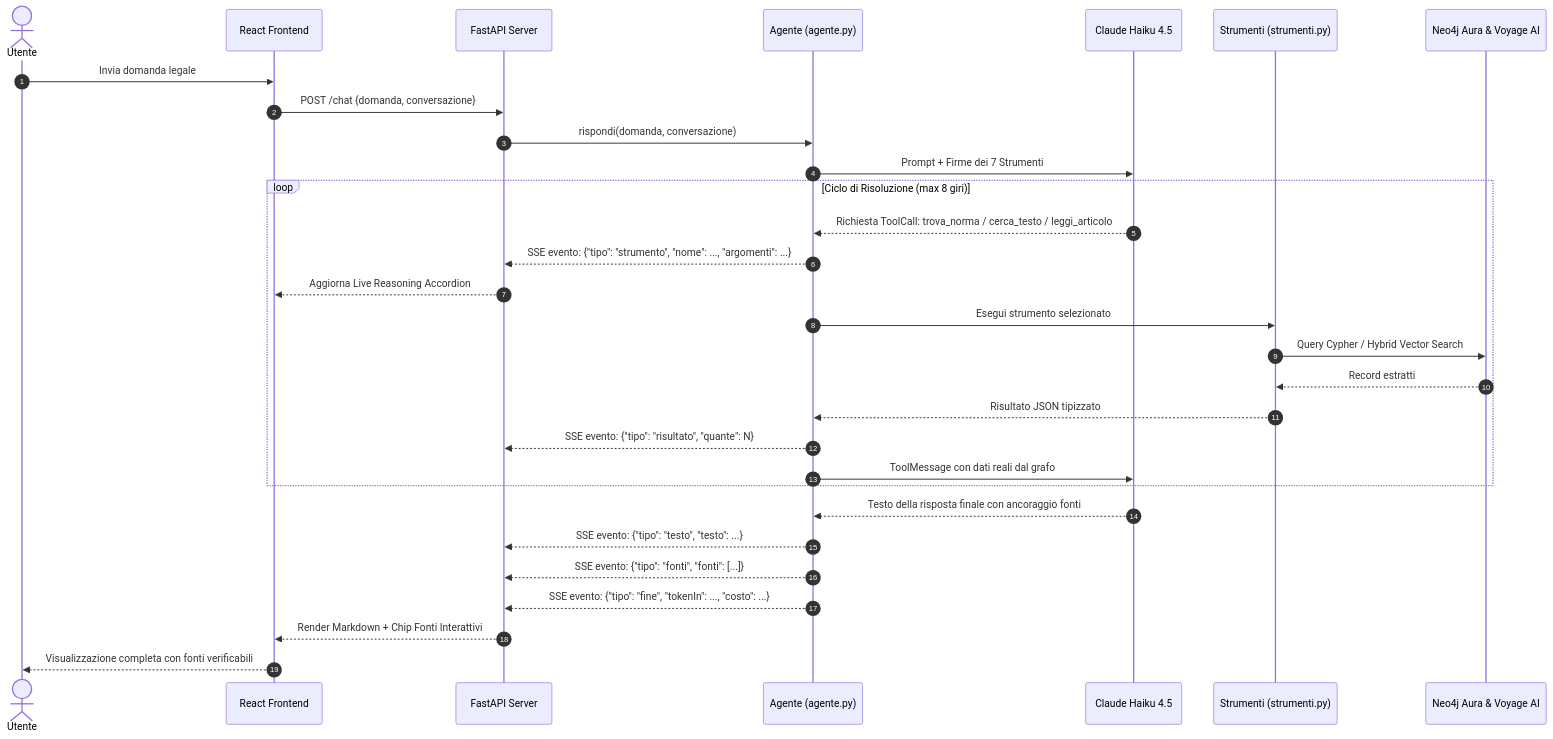
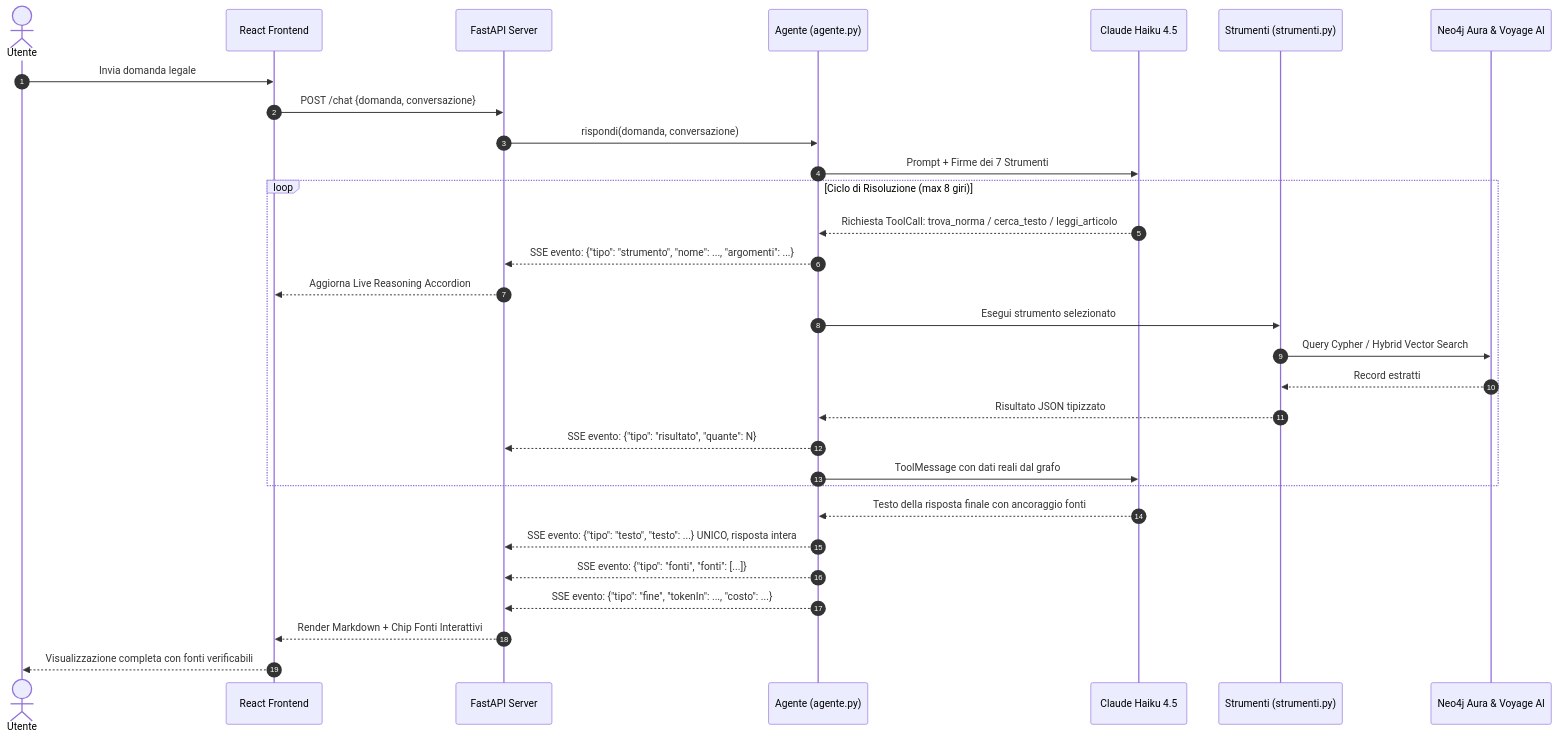
Before and after one commit to simorina/GraphResponsa: the second of 5 diagrams in docs/architettura-agente.md, drawn with Mermaid. The commit also changed other lines of this file and 4 other files, not shown here.

````diff
--- a/docs/architettura-agente.md
+++ b/docs/architettura-agente.md
@@ -79,35 +79,35 @@
 ```mermaid
 sequenceDiagram
     autonumber
     actor User as Utente
     participant UI as React Frontend
     participant Server as FastAPI Server
     participant Agent as Agente (agente.py)
     participant Claude as Claude Haiku 4.5
     participant Tools as Strumenti (strumenti.py)
     participant DB as Neo4j Aura & Voyage AI
 
     User->>UI: Invia domanda legale
     UI->>Server: POST /chat {domanda, conversazione}
     Server->>Agent: rispondi(domanda, conversazione)
     Agent->>Claude: Prompt + Firme dei 7 Strumenti
     
     loop Ciclo di Risoluzione (max 8 giri)
         Claude-->>Agent: Richiesta ToolCall: trova_norma / cerca_testo / leggi_articolo
         Agent-->>Server: SSE evento: {"tipo": "strumento", "nome": ..., "argomenti": ...}
         Server-->>UI: Aggiorna Live Reasoning Accordion
         Agent->>Tools: Esegui strumento selezionato
         Tools->>DB: Query Cypher / Hybrid Vector Search
         DB-->>Tools: Record estratti
         Tools-->>Agent: Risultato JSON tipizzato
         Agent-->>Server: SSE evento: {"tipo": "risultato", "quante": N}
         Agent->>Claude: ToolMessage con dati reali dal grafo
     end
 
     Claude-->>Agent: Testo della risposta finale con ancoraggio fonti
-    Agent-->>Server: SSE evento: {"tipo": "testo", "testo": ...}
+    Agent-->>Server: SSE evento: {"tipo": "testo", "testo": ...} UNICO, risposta intera
     Agent-->>Server: SSE evento: {"tipo": "fonti", "fonti": [...]}
     Agent-->>Server: SSE evento: {"tipo": "fine", "tokenIn": ..., "costo": ...}
     Server-->>UI: Render Markdown + Chip Fonti Interattivi
     UI-->>User: Visualizzazione completa con fonti verificabili
 ```
````
